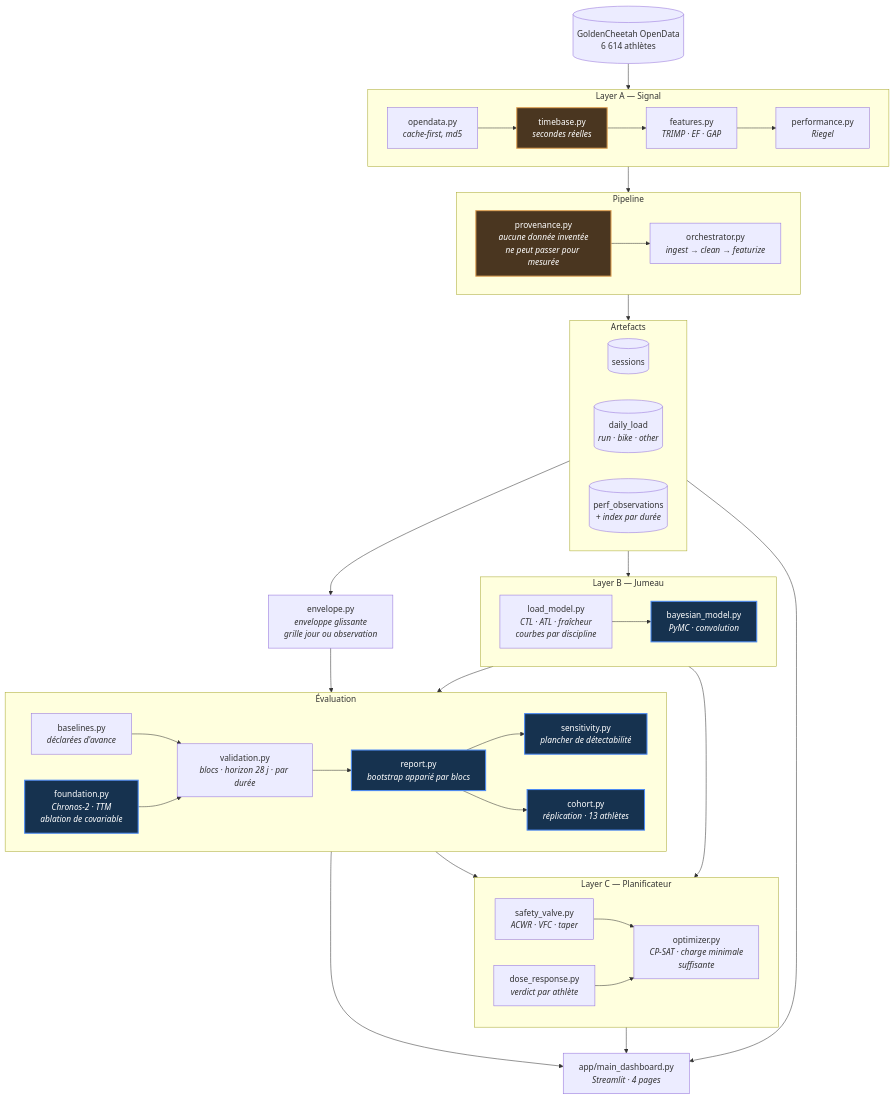
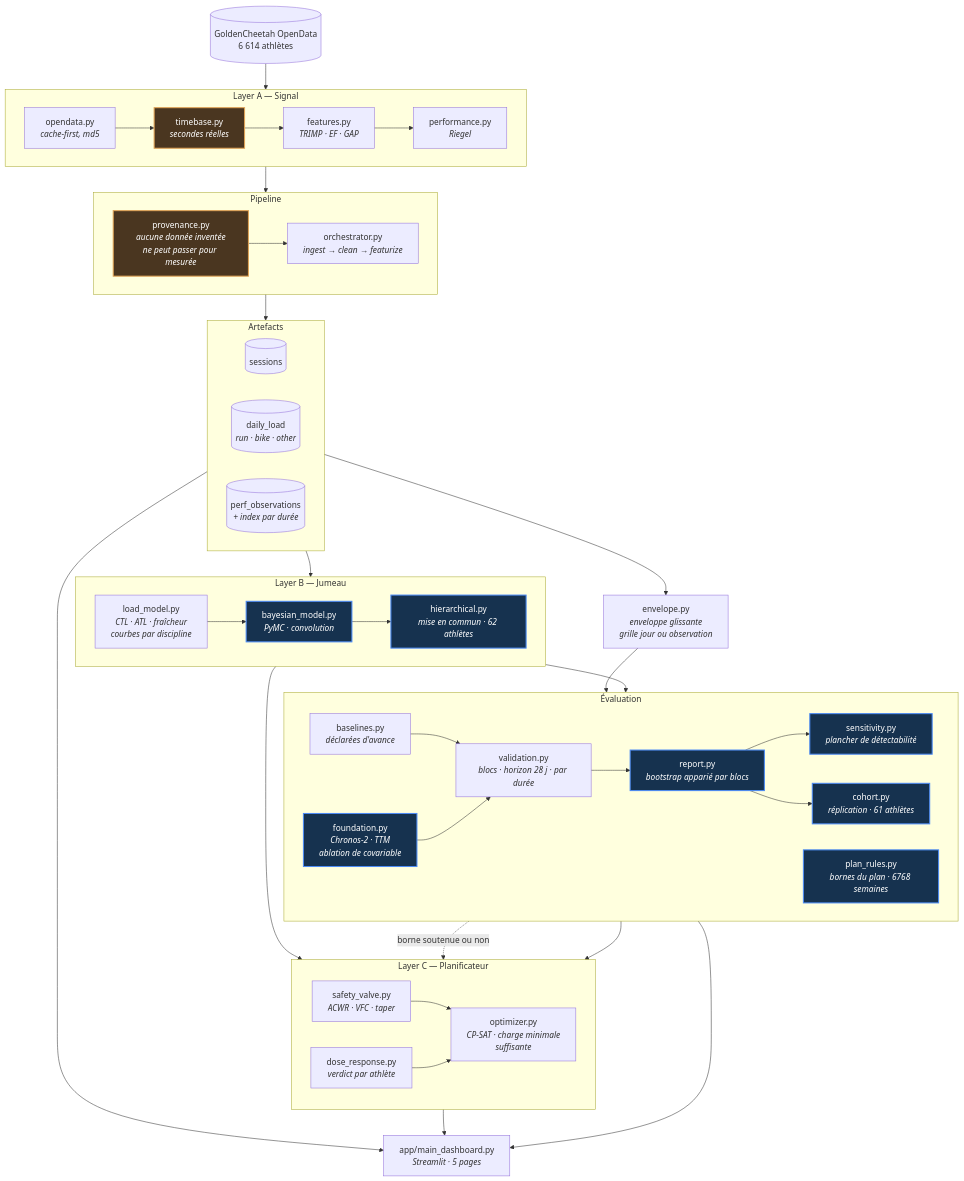
The diagram in docs/architecture.md (louisrodembourg/Adaptive-digital-twin-endurance), drawn with Mermaid before and after one commit. The commit also changed other lines of this file and 8 other files, not shown here.

````diff
--- a/docs/architecture.md
+++ b/docs/architecture.md
@@ -11,76 +11,79 @@
 ```mermaid
 flowchart TB
     OSF[("GoldenCheetah OpenData<br/>6 614 athlètes")]
 
     subgraph A["Layer A — Signal"]
         direction LR
         ING["opendata.py<br/><i>cache-first, md5</i>"]
         TB["timebase.py<br/><i>secondes réelles</i>"]
         FEAT["features.py<br/><i>TRIMP · EF · GAP</i>"]
         PERF["performance.py<br/><i>Riegel</i>"]
         ING --> TB --> FEAT --> PERF
     end
 
     subgraph P["Pipeline"]
         direction LR
         PROV["provenance.py<br/><i>aucune donnée inventée<br/>ne peut passer pour mesurée</i>"]
         ORCH["orchestrator.py<br/><i>ingest → clean → featurize</i>"]
         PROV --> ORCH
     end
 
     subgraph STORE["Artefacts"]
         direction LR
         S1[("sessions")]
         S2[("daily_load<br/><i>run · bike · other</i>")]
         S3[("perf_observations<br/><i>+ index par durée</i>")]
     end
 
     ENV["envelope.py<br/><i>enveloppe glissante<br/>grille jour ou observation</i>"]
 
     subgraph B["Layer B — Jumeau"]
         direction LR
         LOAD["load_model.py<br/><i>CTL · ATL · fraîcheur<br/>courbes par discipline</i>"]
         BAYES["bayesian_model.py<br/><i>PyMC · convolution</i>"]
-        LOAD --> BAYES
+        HIER["hierarchical.py<br/><i>mise en commun · 62 athlètes</i>"]
+        LOAD --> BAYES --> HIER
     end
 
     subgraph E["Évaluation"]
         direction LR
         BASE["baselines.py<br/><i>déclarées d'avance</i>"]
         FND["foundation.py<br/><i>Chronos-2 · TTM<br/>ablation de covariable</i>"]
         SENS["sensitivity.py<br/><i>plancher de détectabilité</i>"]
-        COH["cohort.py<br/><i>réplication · 13 athlètes</i>"]
+        COH["cohort.py<br/><i>réplication · 61 athlètes</i>"]
         VALID["validation.py<br/><i>blocs · horizon 28 j · par durée</i>"]
         REPORT["report.py<br/><i>bootstrap apparié par blocs</i>"]
         BASE --> VALID --> REPORT
         FND --> VALID
+        RULES["plan_rules.py<br/><i>bornes du plan · 6768 semaines</i>"]
         REPORT --> SENS
         REPORT --> COH
     end
 
     subgraph C["Layer C — Planificateur"]
         direction LR
         DOSE["dose_response.py<br/><i>verdict par athlète</i>"]
         SAFE["safety_valve.py<br/><i>ACWR · VFC · taper</i>"]
         OPT["optimizer.py<br/><i>CP-SAT · charge minimale<br/>suffisante</i>"]
         SAFE --> OPT
         DOSE --> OPT
+        RULES -.->|"borne soutenue ou non"| SAFE
     end
 
-    UI["app/main_dashboard.py<br/><i>Streamlit · 4 pages</i>"]
+    UI["app/main_dashboard.py<br/><i>Streamlit · 5 pages</i>"]
 
     OSF --> A --> P --> STORE
     STORE --> ENV --> E
     STORE --> B
     B --> E
     B --> C
     E --> DOSE
     E --> UI
     C --> UI
     STORE --> UI
 
     classDef result fill:#16324f,stroke:#4c8bf5,stroke-width:2px,color:#fff
     classDef guard fill:#4a3620,stroke:#e0a355,stroke-width:2px,color:#fff
-    class REPORT,BAYES,FND,SENS,COH result
+    class REPORT,BAYES,FND,SENS,COH,HIER,RULES result
     class PROV,TB guard
 ```
````
